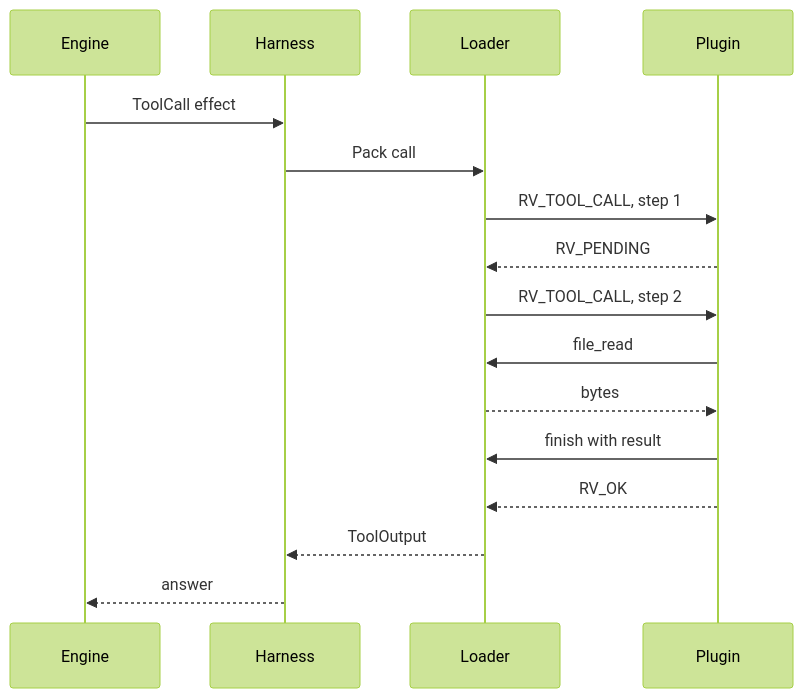
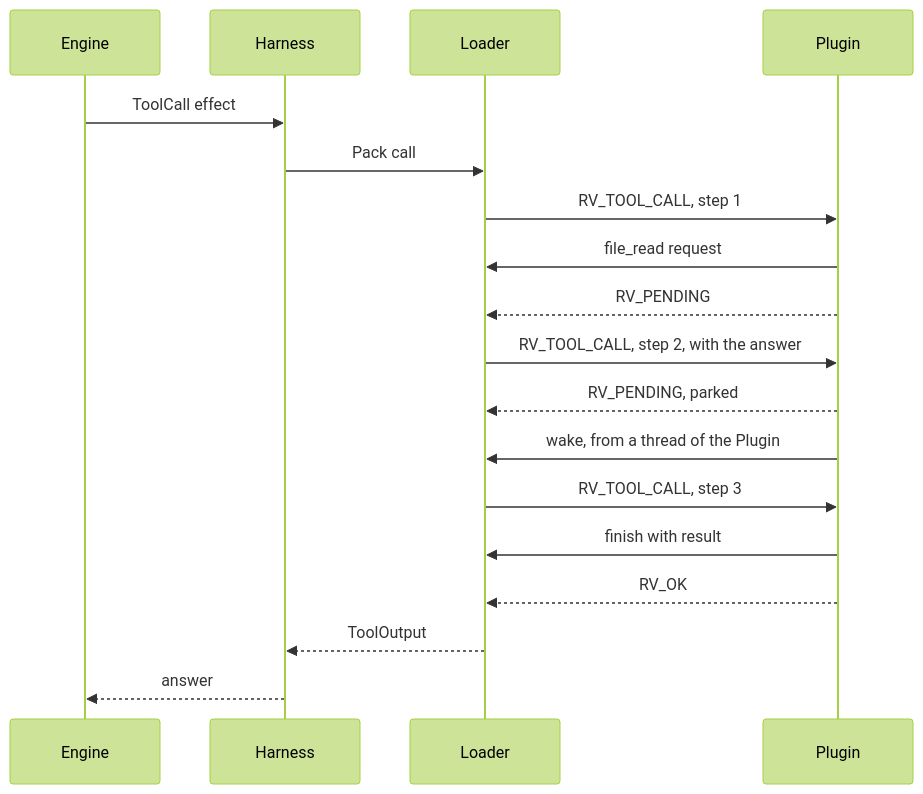
One commit to awheeler294/runvil-classroom changed the second of 2 diagrams in tutorials/tutorial-plugin-architecture.md. Above: the diagram before and after it, drawn with Mermaid (forest theme). The commit also changed other lines of this file, not shown here.

````diff
--- a/tutorials/tutorial-plugin-architecture.md
+++ b/tutorials/tutorial-plugin-architecture.md
@@ -285,18 +290,20 @@
 ```mermaid
 sequenceDiagram
   participant E as Engine
   participant H as Harness
   participant L as Loader
   participant P as Plugin
   E->>H: ToolCall effect
   H->>L: Pack call
   L->>P: RV_TOOL_CALL, step 1
+  P->>L: file_read request
   P-->>L: RV_PENDING
-  L->>P: RV_TOOL_CALL, step 2
-  P->>L: file_read
-  L-->>P: bytes
+  L->>P: RV_TOOL_CALL, step 2, with the answer
+  P-->>L: RV_PENDING, parked
+  P->>L: wake, from a thread of the Plugin
+  L->>P: RV_TOOL_CALL, step 3
   P->>L: finish with result
   P-->>L: RV_OK
   L-->>H: ToolOutput
   H-->>E: answer
 ```
````
